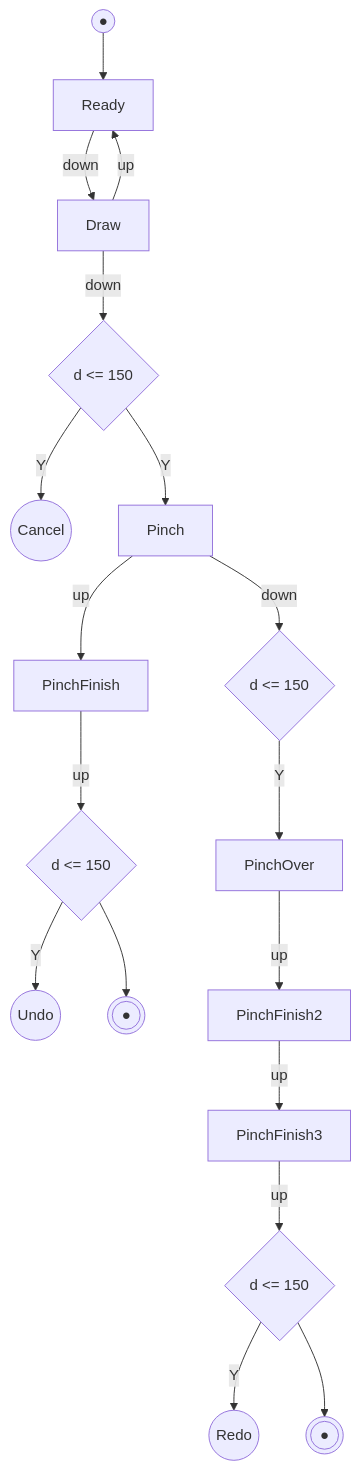
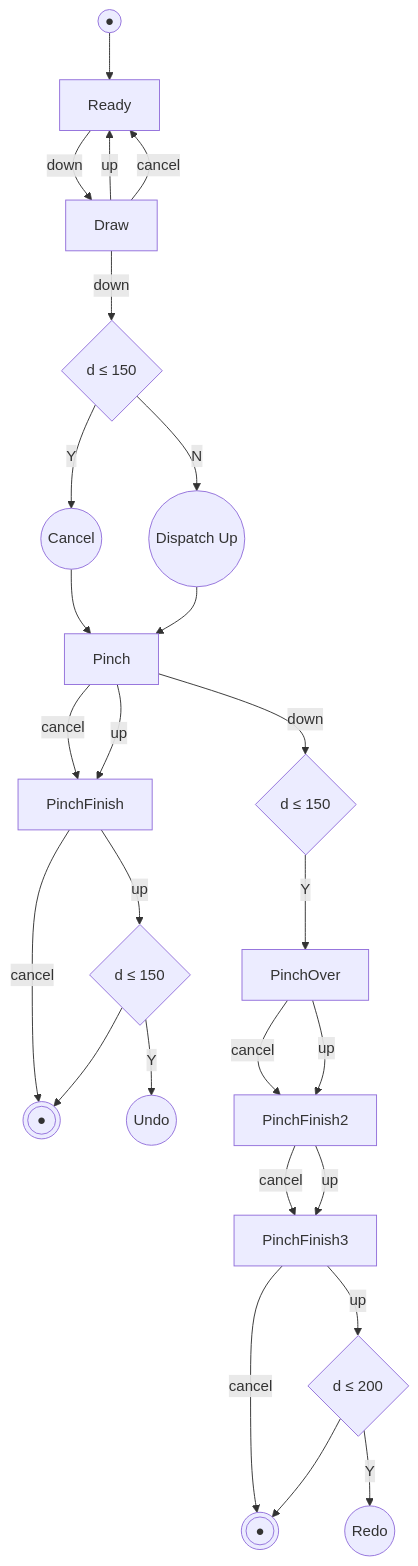
The diagram in src/app/events/gesture-state-machine.mmd (oyc0401/graphic), drawn with Mermaid before and after one commit. The commit also changed 4 other files, not shown here.

```diff
--- a/src/app/events/gesture-state-machine.mmd
+++ b/src/app/events/gesture-state-machine.mmd
@@ -1,28 +1,36 @@
 flowchart TD
     %% 사각형 = 상태
     %% 육각형 이벤트 = 화살표 라벨로 표현
     %% 마름모 = 분기
 
     Start((●)) --> Ready[Ready]
 
     Ready -- down --> Draw[Draw]
     Draw -- up --> Ready
-    Draw -- down --> CheckDraw{"d <= 150"}
+    Draw -- cancel --> Ready
+    Draw -- down --> CheckDraw{"d ≤ 150"}
 
    
 
     CheckDraw -- Y --> Cancel((Cancel))
-    CheckDraw -- Y --> Pinch[Pinch]
+    Cancel --> Pinch[Pinch]
+    CheckDraw -- N --> EndDraw((Dispatch Up))
+    EndDraw --> Pinch
 
+    Pinch -- cancel --> PinchFinish
     Pinch -- up --> PinchFinish[PinchFinish]
-    PinchFinish -- up --> CheckUndo{"d <= 150"}
+    PinchFinish -- cancel --> EndUndo
+    PinchFinish -- up --> CheckUndo{"d ≤ 150"}
     CheckUndo -- Y --> Undo((Undo))
     CheckUndo --> EndUndo(((●)))
 
-    Pinch -- down --> CheckPinchOver{"d <= 150"}
+    Pinch -- down --> CheckPinchOver{"d ≤ 150"}
     CheckPinchOver -- Y --> PinchOver[PinchOver]
+    PinchOver -- cancel --> PinchFinish2
     PinchOver -- up --> PinchFinish2[PinchFinish2]
+    PinchFinish2 -- cancel --> PinchFinish3
     PinchFinish2 -- up --> PinchFinish3[PinchFinish3]
-    PinchFinish3 -- up --> CheckRedo{"d <= 150"}
+    PinchFinish3 -- cancel --> EndRedo
+    PinchFinish3 -- up --> CheckRedo{"d ≤ 200"}
     CheckRedo -- Y --> Redo((Redo))
     CheckRedo --> EndRedo(((●)))
```
